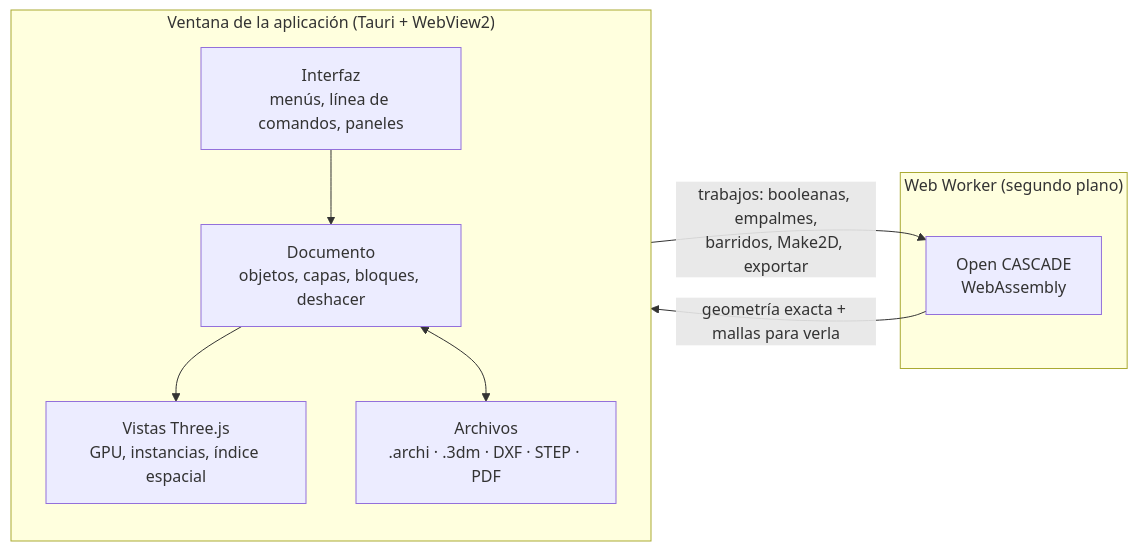
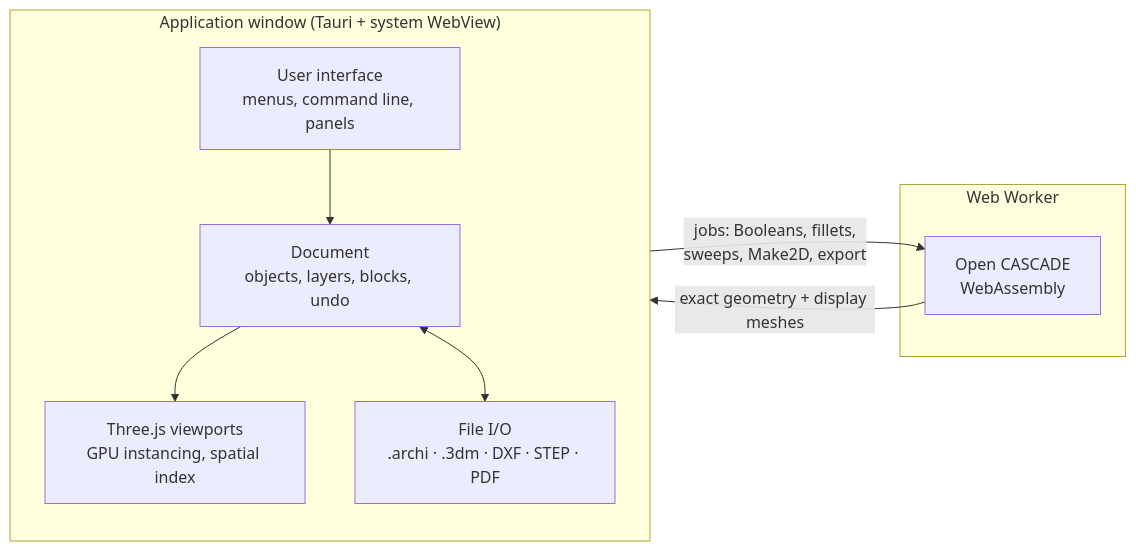
One commit to paugavilan8/ArchiOpen changed the diagram in README.md. Above: the diagram before and after it, drawn with Mermaid. The commit also changed other lines of this file and 1 other file, not shown here.

````diff
--- a/README.md
+++ b/README.md
@@ -522,17 +321,17 @@
 ```mermaid
 flowchart LR
-    subgraph win["Ventana de la aplicación (Tauri + WebView2)"]
+    subgraph win["Application window (Tauri + system WebView)"]
         direction TB
-        ui["Interfaz<br/>menús, línea de comandos, paneles"]
-        doc["Documento<br/>objetos, capas, bloques, deshacer"]
-        view["Vistas Three.js<br/>GPU, instancias, índice espacial"]
-        io["Archivos<br/>.archi · .3dm · DXF · STEP · PDF"]
+        ui["User interface<br/>menus, command line, panels"]
+        doc["Document<br/>objects, layers, blocks, undo"]
+        view["Three.js viewports<br/>GPU instancing, spatial index"]
+        io["File I/O<br/>.archi · .3dm · DXF · STEP · PDF"]
         ui --> doc --> view
         doc <--> io
     end
-    subgraph worker["Web Worker (segundo plano)"]
+    subgraph worker["Web Worker"]
         occt["Open CASCADE<br/>WebAssembly"]
     end
-    doc -- "trabajos: booleanas, empalmes,<br/>barridos, Make2D, exportar" --> occt
-    occt -- "geometría exacta + mallas para verla" --> doc
+    doc -- "jobs: Booleans, fillets,<br/>sweeps, Make2D, export" --> occt
+    occt -- "exact geometry + display meshes" --> doc
 ```
````
